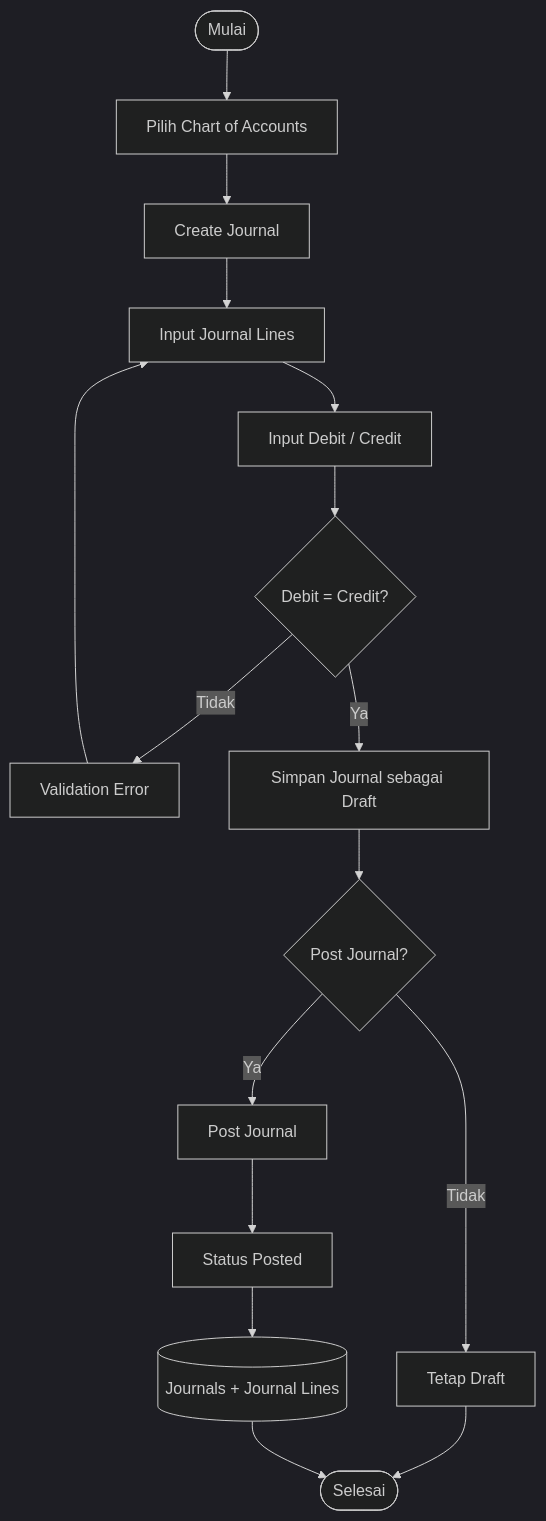
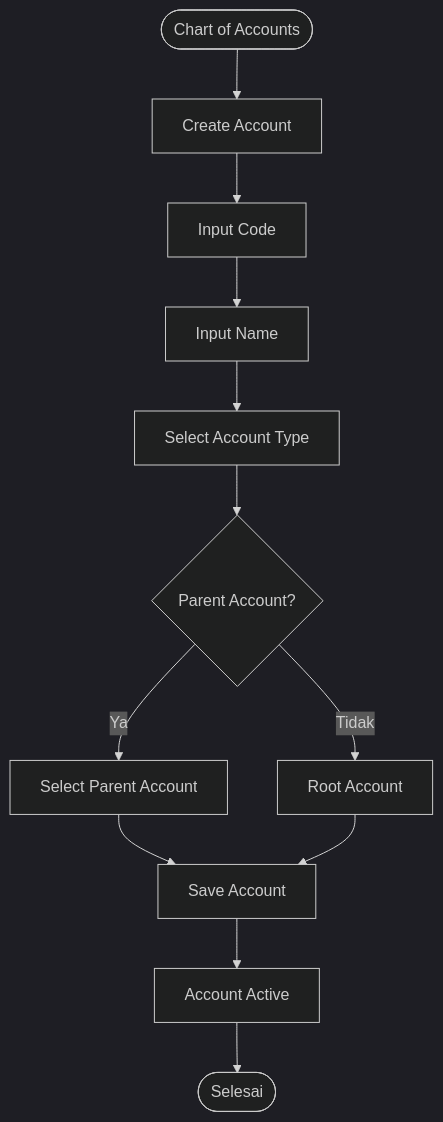
One commit to ahmadfaiqm/flowcash changed diagram 11 of 17 in docs/flowchart/flowchart.md. Above: the diagram before and after it, drawn with Mermaid (dark theme). The commit also changed other lines of this file, not shown here.

Commit message:
feat/FlowChartBaru

````diff
--- a/docs/flowchart/flowchart.md
+++ b/docs/flowchart/flowchart.md
@@ -491,24 +273,14 @@
 ```mermaid
 flowchart TD
-    A([Mulai]) --> B[Pilih Chart of Accounts]
-    B --> C[Create Journal]
-    C --> D[Input Journal Lines]
-
-    D --> E[Input Debit / Credit]
-    E --> F{Debit = Credit?}
-
-    F -- Tidak --> G[Validation Error]
-    G --> D
-
-    F -- Ya --> H[Simpan Journal sebagai Draft]
-    H --> I{Post Journal?}
-
-    I -- Tidak --> J[Tetap Draft]
-    I -- Ya --> K[Post Journal]
-
-    K --> L[Status Posted]
-    L --> M[(Journals + Journal Lines)]
-
-    J --> Z([Selesai])
-    M --> Z
+    A([Chart of Accounts]) --> B[Create Account]
+    B --> C[Input Code]
+    C --> D[Input Name]
+    D --> E[Select Account Type]
+    E --> F{Parent Account?}
+    F -->|Ya| G[Select Parent Account]
+    F -->|Tidak| H[Root Account]
+    G --> I[Save Account]
+    H --> I
+    I --> J[Account Active]
+    J --> K([Selesai])
 ```
````
